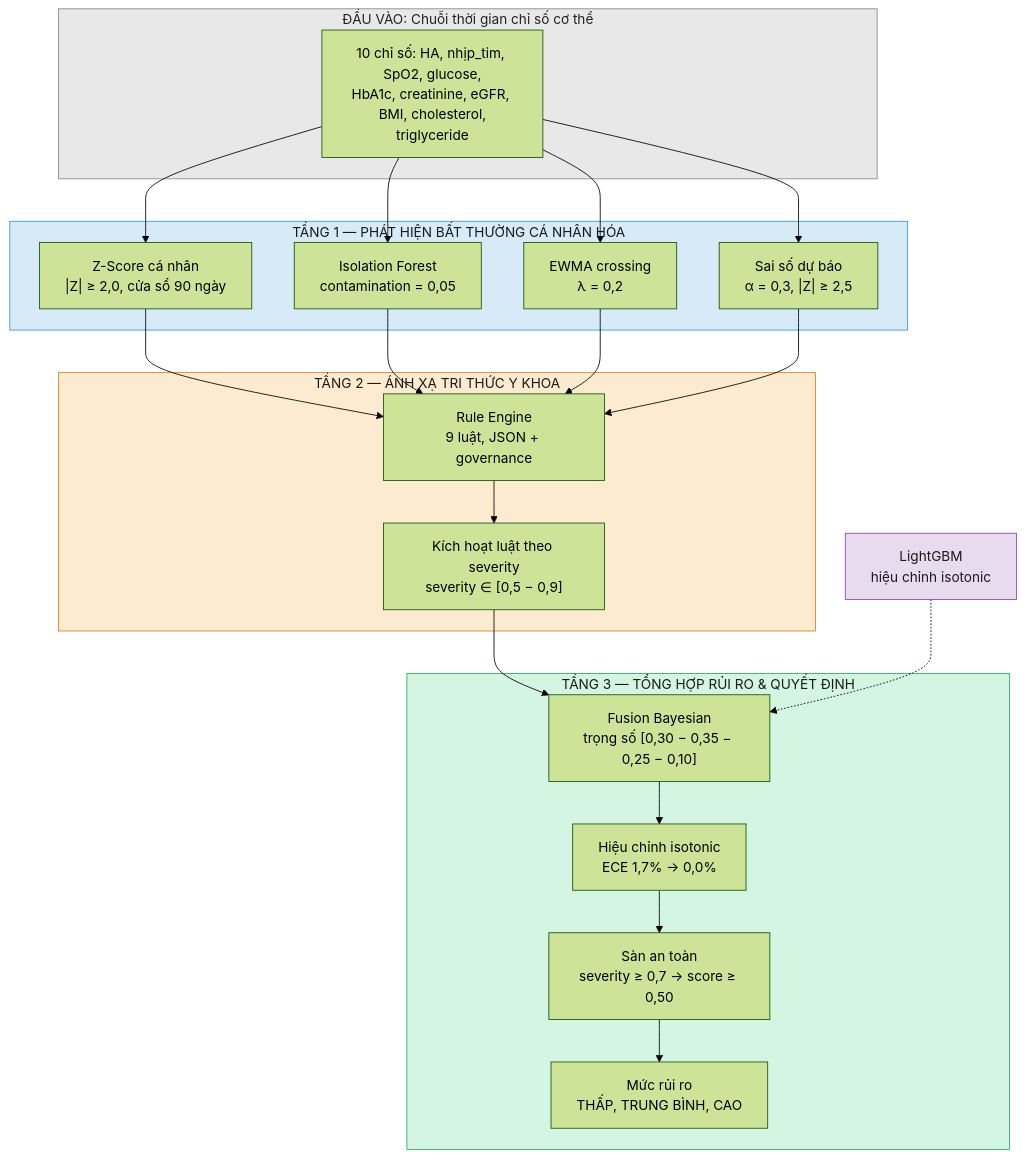
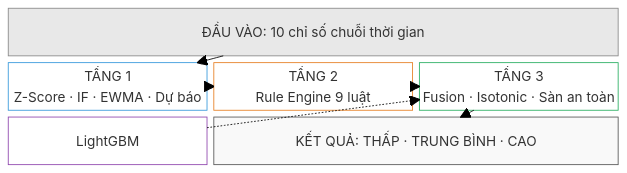
Before and after one commit to dotlinux26/health-risk-early-warning: the diagram in docs/figures/fig7_architecture_3d.mmd, drawn with Mermaid (forest theme). The commit also changed 8 other files, not shown here.

Commit message:
fig7-10: chuyển sang block-beta gọn, tiếng Việt đủ dấu

```diff
--- a/docs/figures/fig7_architecture_3d.mmd
+++ b/docs/figures/fig7_architecture_3d.mmd
@@ -1,46 +1,19 @@
-flowchart TB
-    subgraph IN["ĐẦU VÀO: Chuỗi thời gian chỉ số cơ thể"]
-        A["10 chỉ số: HA, nhịp_tim, SpO2, glucose,<br/>HbA1c, creatinine, eGFR, BMI, cholesterol,<br/>triglyceride"]
-    end
-
-    subgraph T1["TẦNG 1 — PHÁT HIỆN BẤT THƯỜNG CÁ NHÂN HÓA"]
-        T1A["Z-Score cá nhân<br/>|Z| ≥ 2,0, cửa sổ 90 ngày"]
-        T1B["Isolation Forest<br/>contamination = 0,05"]
-        T1C["EWMA crossing<br/>λ = 0,2"]
-        T1D["Sai số dự báo<br/>α = 0,3, |Z| ≥ 2,5"]
-    end
-
-    subgraph T2["TẦNG 2 — ÁNH XẠ TRI THỨC Y KHOA"]
-        T2A["Rule Engine<br/>9 luật, JSON + governance"]
-        T2B["Kích hoạt luật theo severity<br/>severity ∈ [0,5 − 0,9]"]
-    end
-
-    subgraph T3["TẦNG 3 — TỔNG HỢP RỦI RO & QUYẾT ĐỊNH"]
-        T3A["Fusion Bayesian<br/>trọng số [0,30 − 0,35 − 0,25 − 0,10]"]
-        T3B["Hiệu chỉnh isotonic<br/>ECE 1,7% → 0,0%"]
-        T3C["Sàn an toàn<br/>severity ≥ 0,7 → score ≥ 0,50"]
-        T3D["Mức rủi ro<br/>THẤP, TRUNG BÌNH, CAO"]
-    end
-
-    ML["LightGBM<br/>hiệu chỉnh isotonic"]
-
-    A --> T1A
-    A --> T1B
-    A --> T1C
-    A --> T1D
-    T1A --> T2A
-    T1B --> T2A
-    T1C --> T2A
-    T1D --> T2A
-    T2A --> T2B
-    T2B --> T3A
-    ML -.-> T3A
-    T3A --> T3B
-    T3B --> T3C
-    T3C --> T3D
-
-    style IN fill:#e8e8e8,stroke:#888888,color:#222222
-    style T1 fill:#d6eaf8,stroke:#3498db,color:#1a1a1a
-    style T2 fill:#fdebd0,stroke:#e67e22,color:#1a1a1a
-    style T3 fill:#d5f5e3,stroke:#27ae60,color:#1a1a1a
-    style ML fill:#e8daef,stroke:#8e44ad,color:#1a1a1a
+block-beta
+  columns 3
+  IN["ĐẦU VÀO: 10 chỉ số chuỗi thời gian"]:3
+  T1["TẦNG 1\nZ-Score · IF · EWMA · Dự báo"]:1
+  T2["TẦNG 2\nRule Engine 9 luật"]:1
+  T3["TẦNG 3\nFusion · Isotonic · Sàn an toàn"]:1
+  ML["LightGBM"]:1
+  OUT["KẾT QUẢ: THẤP · TRUNG BÌNH · CAO"]:2
+  IN --> T1
+  T1 --> T2
+  T2 --> T3
+  ML -.-> T3
+  T3 --> OUT
+  style IN fill:#e8e8e8,stroke:#888,color:#222
+  style T1 fill:#fff,stroke:#3498db,color:#222
+  style T2 fill:#fff,stroke:#e67e22,color:#222
+  style T3 fill:#fff,stroke:#27ae60,color:#222
+  style ML fill:#fff,stroke:#8e44ad,color:#222
+  style OUT fill:#f9f9f9,stroke:#555,color:#222
```
